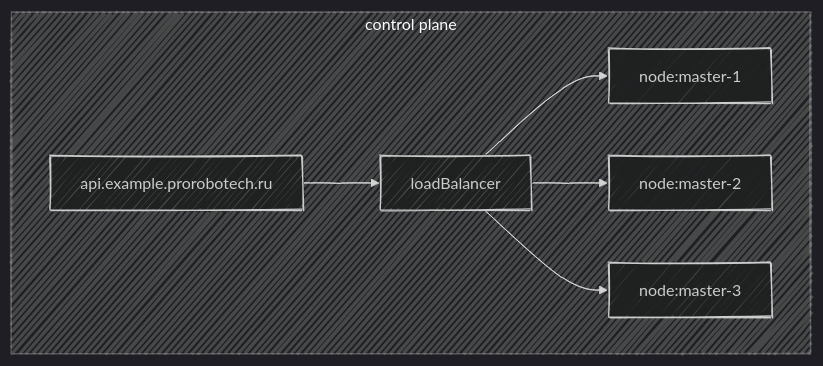
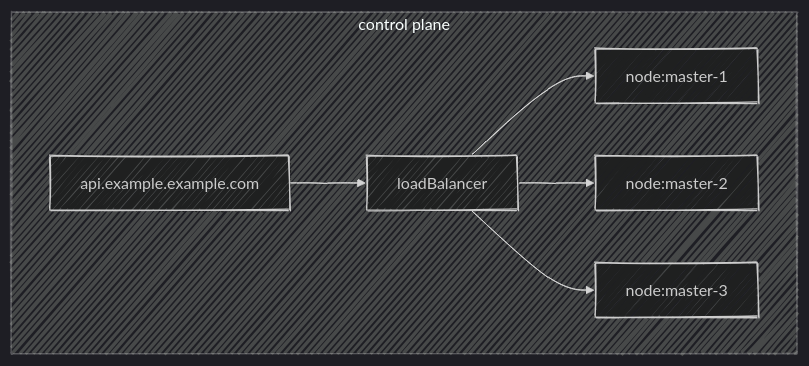
Before and after one commit to FR-Solution/in-cloud: the second of 2 diagrams in documentation/docs/tech-docs/kubernetes/flowcharts/topologyInfra.mdx, drawn with Mermaid. The commit also changed other lines of this file and 33 other files, not shown here.

````diff
--- a/documentation/docs/tech-docs/kubernetes/flowcharts/topologyInfra.mdx
+++ b/documentation/docs/tech-docs/kubernetes/flowcharts/topologyInfra.mdx
@@ -34,21 +34,21 @@
 ```mermaid
 ---
 config:
   look: handDrawn
   theme: dark  
 ---
 
 flowchart TB
   loadBalancer[loadBalancer]
   master1[node:master-1]
   master2[node:master-2]
   master3[node:master-3]
 
   subgraph control plane
-      api.example.prorobotech.ru-->loadBalancer
+      api.example.example.com-->loadBalancer
       loadBalancer-->master1
       loadBalancer-->master2
       loadBalancer-->master3
    end
 
 ```
````
